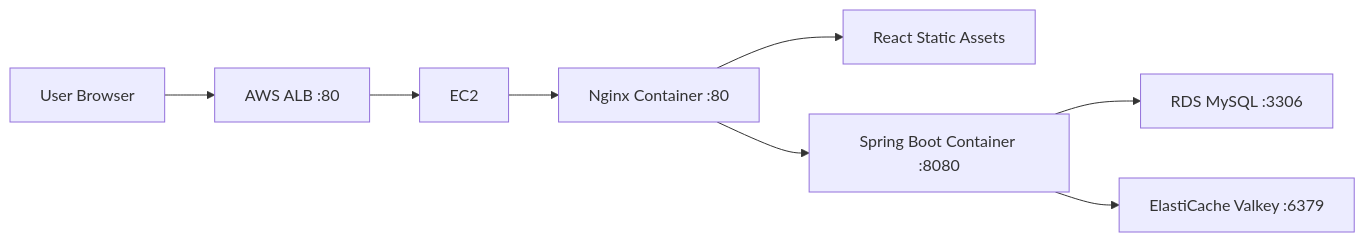
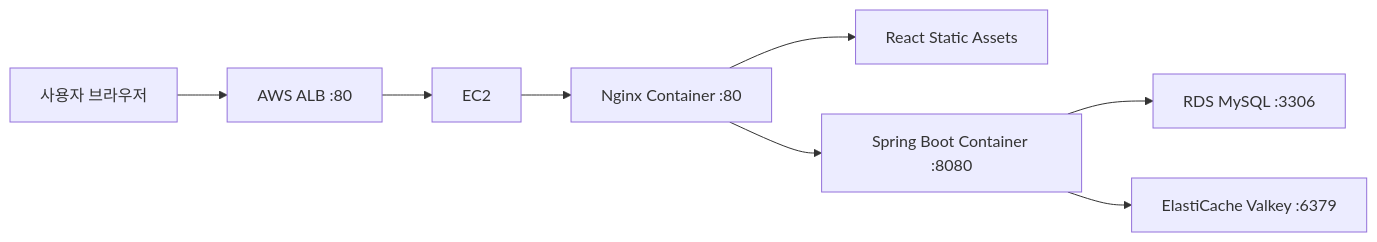
Before and after one commit to choonngg/book-tickets: the first of 2 diagrams in README.md, drawn with Mermaid. The commit also changed other lines of this file, not shown here.

````diff
--- a/README.md
+++ b/README.md
@@ -40,10 +38,10 @@
 ```mermaid
 flowchart LR
-    User["User Browser"] --> ALB["AWS ALB :80"]
+    User["사용자 브라우저"] --> ALB["AWS ALB :80"]
     ALB --> EC2["EC2"]
     EC2 --> Nginx["Nginx Container :80"]
     Nginx --> Frontend["React Static Assets"]
     Nginx --> Backend["Spring Boot Container :8080"]
     Backend --> RDS["RDS MySQL :3306"]
     Backend --> Valkey["ElastiCache Valkey :6379"]
 ```
````
